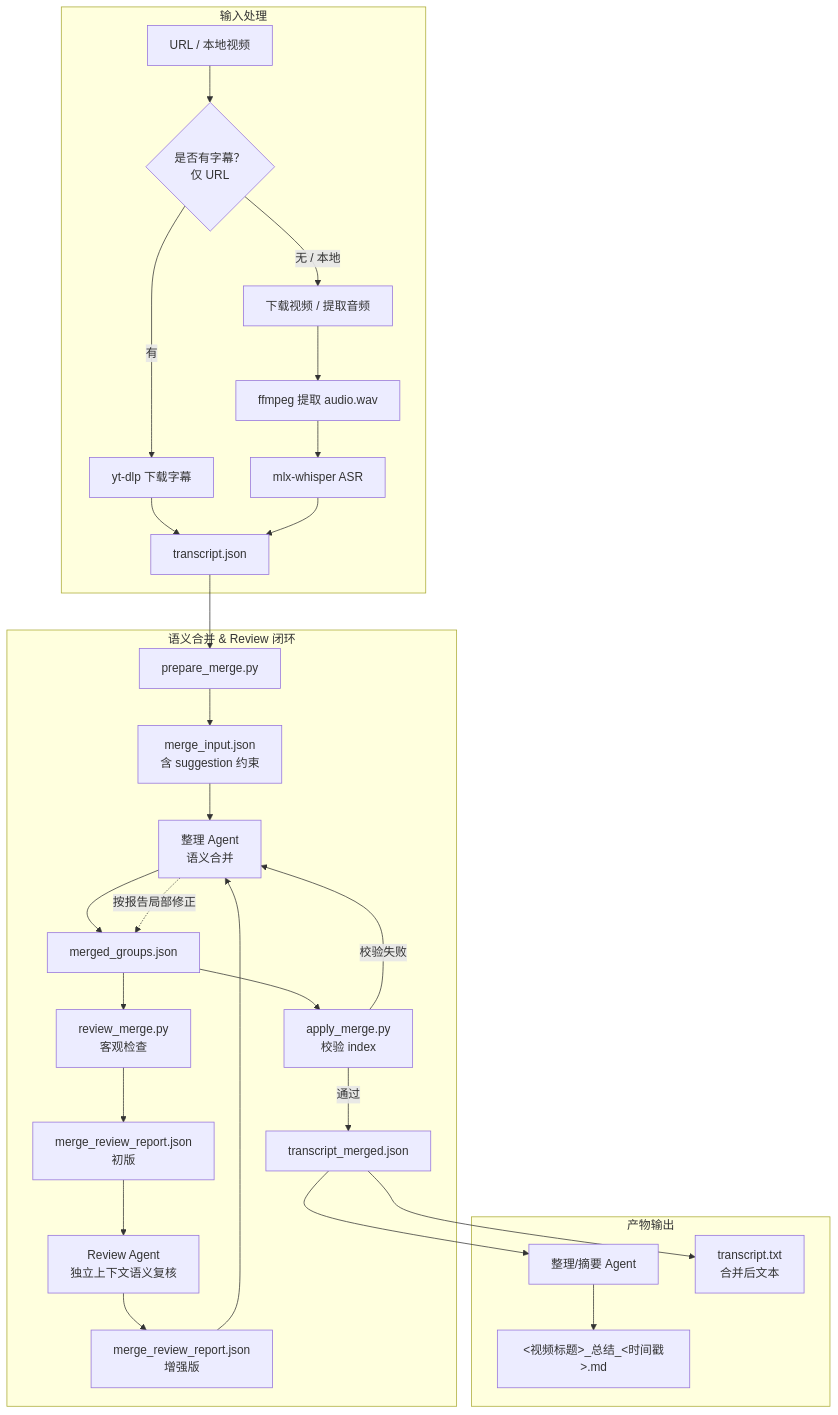
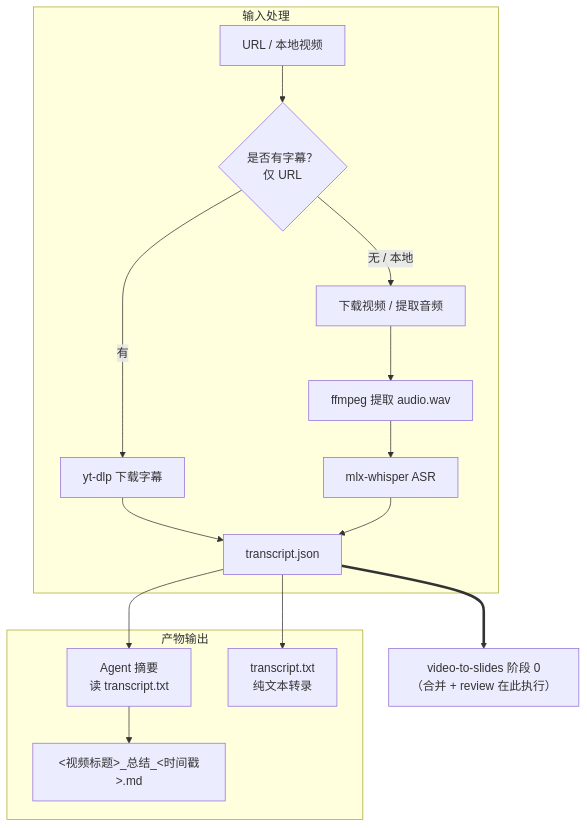
Before and after one commit to jarvislee90s-dot/VideoToDoc-skills: the first of 2 diagrams in .agents/skills/video-to-slides/SKILL.md, drawn with Mermaid. The commit also changed other lines of this file and 2 other files, not shown here.

First line of the commit message:
docs(video-to-slides): 新增阶段 0 + 删 ①.5 桥 + 更新工作流图

````diff
--- a/.agents/skills/video-to-slides/SKILL.md
+++ b/.agents/skills/video-to-slides/SKILL.md
@@ -50,34 +50,20 @@
 ```mermaid
 flowchart TB
     subgraph vs_input ["输入处理"]
         A[URL / 本地视频] --> B{是否有字幕？<br/>仅 URL}
         B -- 有 --> C[yt-dlp 下载字幕]
         B -- 无 / 本地 --> D[下载视频 / 提取音频]
         D --> E[ffmpeg 提取 audio.wav]
         E --> F[mlx-whisper ASR]
         C --> G[transcript.json]
         F --> G
     end
 
-    G --> H[prepare_merge.py]
-    subgraph vs_merge ["语义合并 & Review 闭环"]
-        H --> I[merge_input.json<br/>含 suggestion 约束]
-        I --> J[整理 Agent<br/>语义合并]
-        J --> K[merged_groups.json]
-        K --> L[apply_merge.py<br/>校验 index]
-        L -- 校验失败 --> J
-        L -- 通过 --> M[transcript_merged.json]
-        K --> N[review_merge.py<br/>客观检查]
-        N --> O[merge_review_report.json<br/>初版]
-        O --> P[Review Agent<br/>独立上下文语义复核]
-        P --> Q[merge_review_report.json<br/>增强版]
-        Q --> J
-        J -. 按报告局部修正 .-> K
+    G --> R[Agent 摘要<br/>读 transcript.txt]
+    subgraph vs_output ["产物输出"]
+        R --> S[<视频标题>_总结_<时间戳>.md]
+        G --> T[transcript.txt<br/>纯文本转录]
     end
 
-    M --> R[整理/摘要 Agent]
-    subgraph vs_output ["产物输出"]
-        R --> S[<视频标题>_总结_<时间戳>.md]
-        M --> T[transcript.txt<br/>合并后文本]
-    end
+    G ==> VTS["video-to-slides 阶段 0<br/>（合并 + review 在此执行）"]
 ```
````
